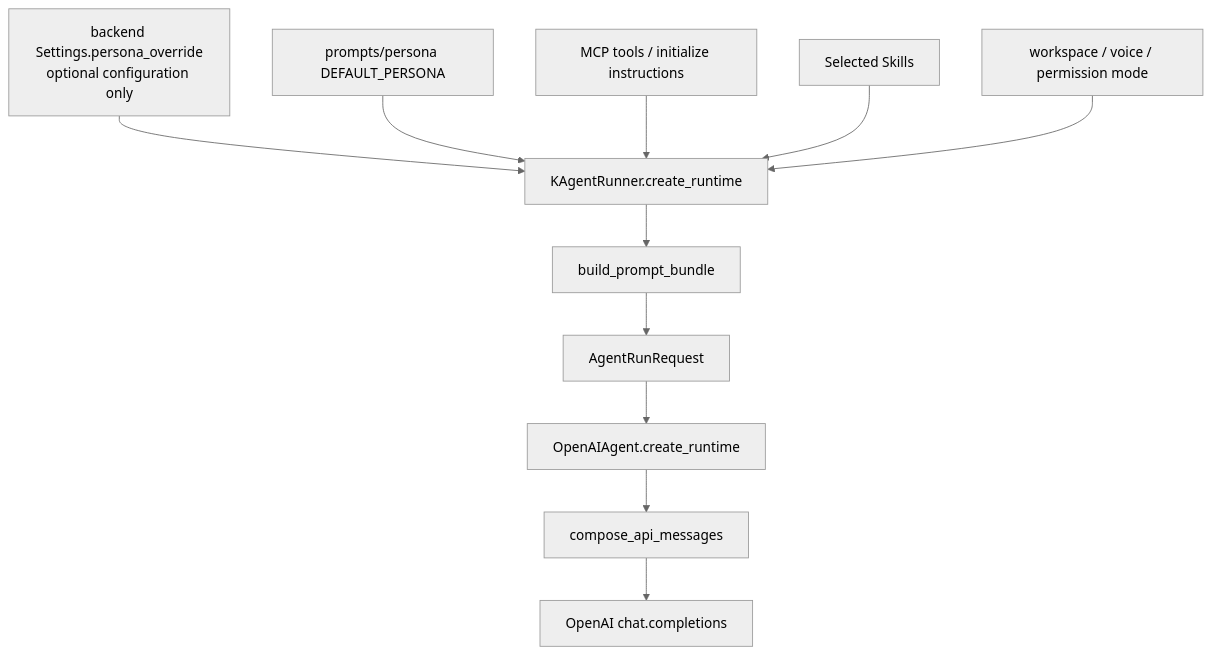
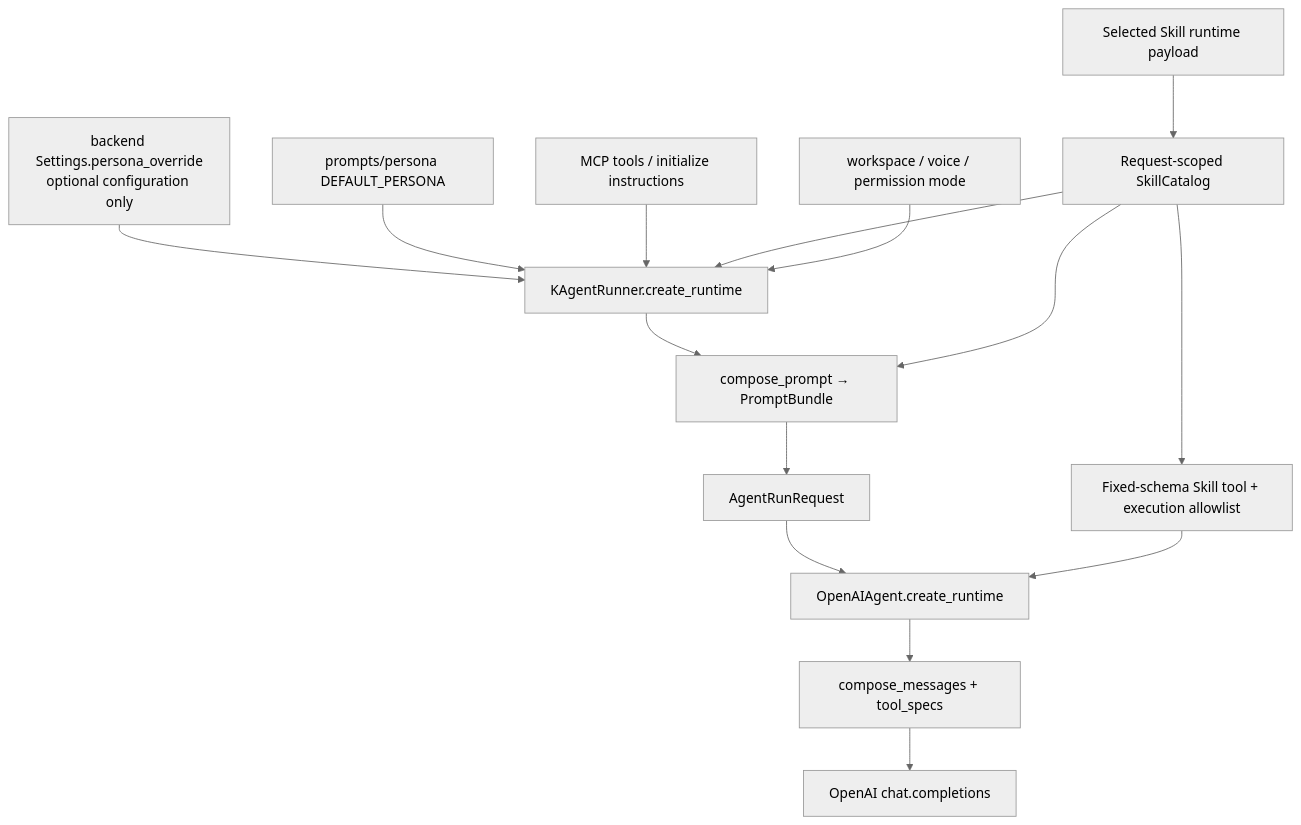
One commit to Sun-Kas/k_agent changed the second of 2 diagrams in docs/system-prompt-composition-technical-solution.md. Above: the diagram before and after it, drawn with Mermaid (neutral theme). The commit also changed other lines of this file and 62 other files, not shown here.

Commit message:
Update agent runtime, streaming, and UI workflows

````diff
--- a/docs/system-prompt-composition-technical-solution.md
+++ b/docs/system-prompt-composition-technical-solution.md
@@ -159,13 +182,17 @@
 ```mermaid
 flowchart TD
     SETTINGS[backend Settings.persona_override\noptional configuration only] --> RUNNER[KAgentRunner.create_runtime]
     PERSONA_DEFAULT[prompts/persona DEFAULT_PERSONA] --> RUNNER
     MCP[MCP tools / initialize instructions] --> RUNNER
-    SKILLS[Selected Skills] --> RUNNER
+    SKILLS[Selected Skill runtime payload] --> CATALOG[Request-scoped SkillCatalog]
+    CATALOG --> RUNNER
     OPTIONS[workspace / voice / permission mode] --> RUNNER
-    RUNNER --> BUNDLE[build_prompt_bundle]
+    RUNNER --> BUNDLE[compose_prompt → PromptBundle]
+    CATALOG --> BUNDLE
+    CATALOG --> SKILLTOOL[Fixed-schema Skill tool + execution allowlist]
     BUNDLE --> REQUEST[AgentRunRequest]
     REQUEST --> AGENT[OpenAIAgent.create_runtime]
-    AGENT --> COMPOSE[compose_api_messages]
+    SKILLTOOL --> AGENT
+    AGENT --> COMPOSE[compose_messages + tool_specs]
     COMPOSE --> API[OpenAI chat.completions]
 ```
````
